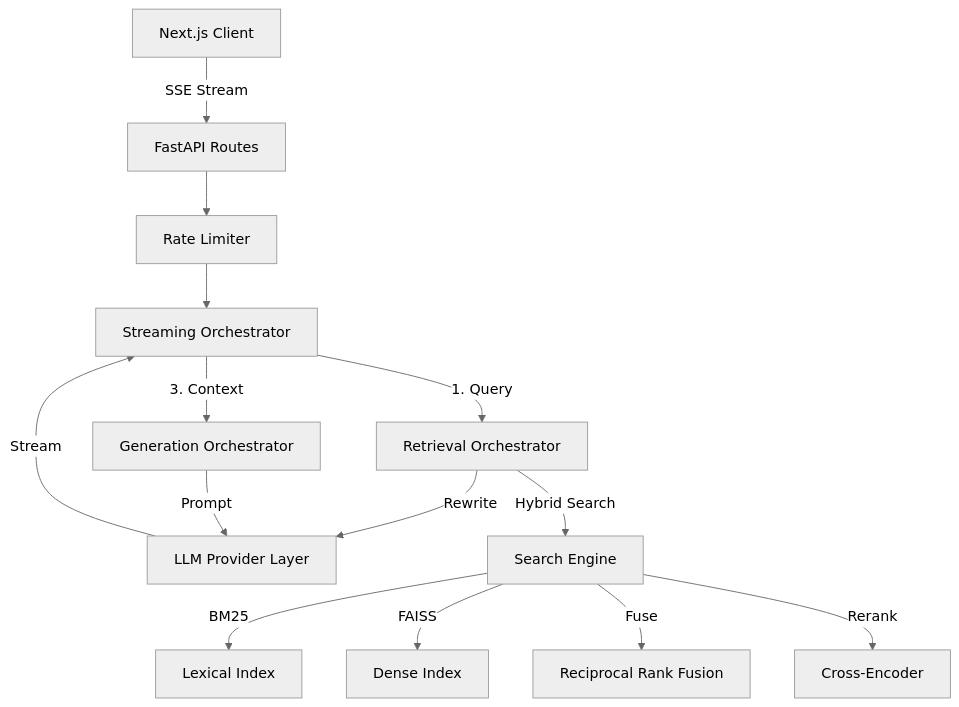
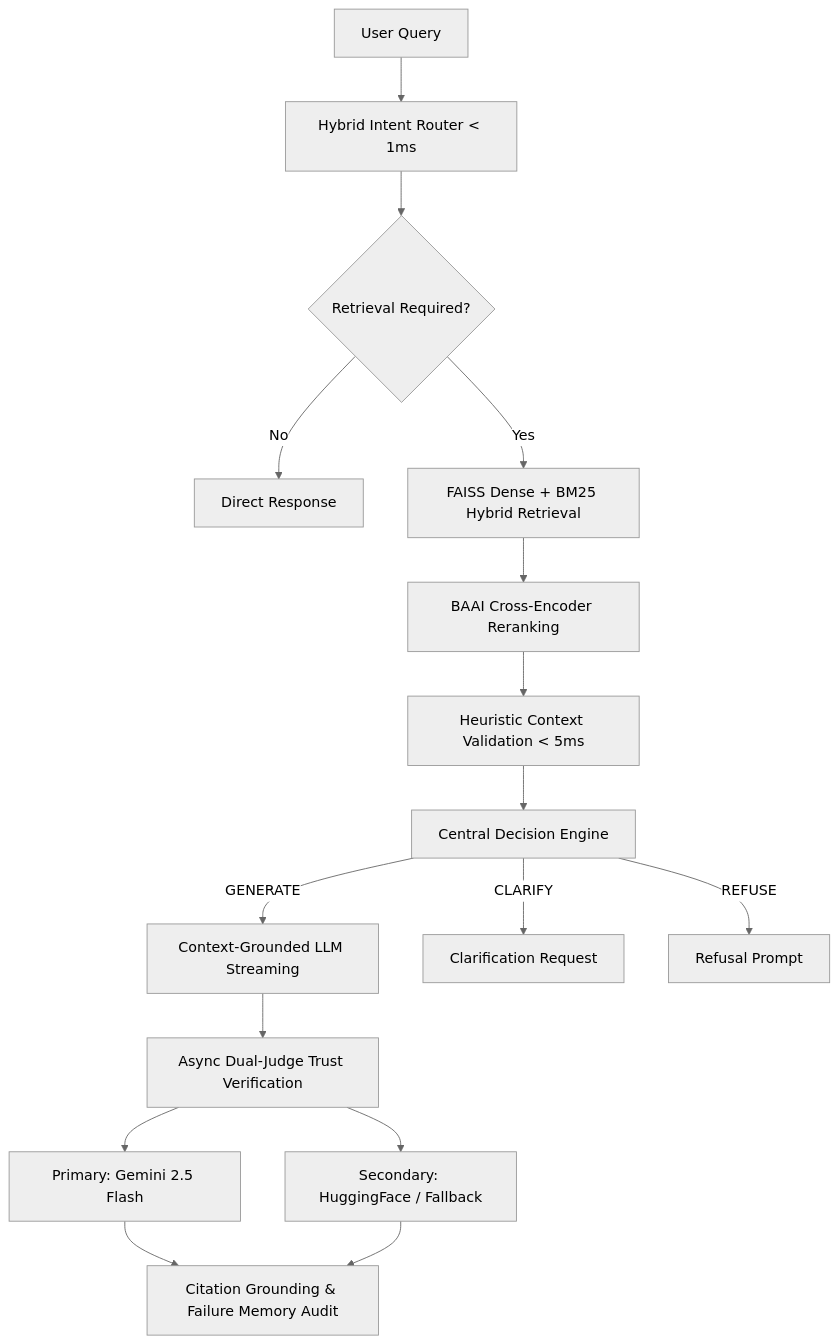
Before and after one commit to chintan1529/vectoria-semantic-search: the diagram in README.md, drawn with Mermaid (neutral theme). The commit also changed other lines of this file and 163 other files, not shown here.

Commit message:
feat: complete Vectoria Adaptive AI & Dual-Judge RAG platform (v3.0.0)

````diff
--- a/README.md
+++ b/README.md
@@ -38,20 +36,17 @@
 ```mermaid
 graph TD
-    UI[Next.js Client] -->|SSE Stream| Route[FastAPI Routes]
-    Route --> Rate[Rate Limiter]
-    Rate --> Orch[Streaming Orchestrator]
-    
-    Orch -->|1. Query| RetOrch[Retrieval Orchestrator]
-    Orch -->|3. Context| GenOrch[Generation Orchestrator]
-    
-    RetOrch -->|Rewrite| LLM[LLM Provider Layer]
-    RetOrch -->|Hybrid Search| Engine[Search Engine]
-    
-    Engine -->|BM25| Sparse[Lexical Index]
-    Engine -->|FAISS| Dense[Dense Index]
-    Engine -->|Fuse| RRF[Reciprocal Rank Fusion]
-    Engine -->|Rerank| Cross[Cross-Encoder]
-    
-    GenOrch -->|Prompt| LLM
-    LLM -->|Stream| Orch
+    A[User Query] --> B[Hybrid Intent Router < 1ms]
+    B --> C{Retrieval Required?}
+    C -->|No| D[Direct Response]
+    C -->|Yes| E[FAISS Dense + BM25 Hybrid Retrieval]
+    E --> F[BAAI Cross-Encoder Reranking]
+    F --> G[Heuristic Context Validation < 5ms]
+    G --> H[Central Decision Engine]
+    H -->|GENERATE| I[Context-Grounded LLM Streaming]
+    H -->|CLARIFY| J[Clarification Request]
+    H -->|REFUSE| K[Refusal Prompt]
+    I --> L[Async Dual-Judge Trust Verification]
+    L --> M[Primary: Gemini 2.5 Flash]
+    L --> N[Secondary: HuggingFace / Fallback]
+    M & N --> O[Citation Grounding & Failure Memory Audit]
 ```
````
